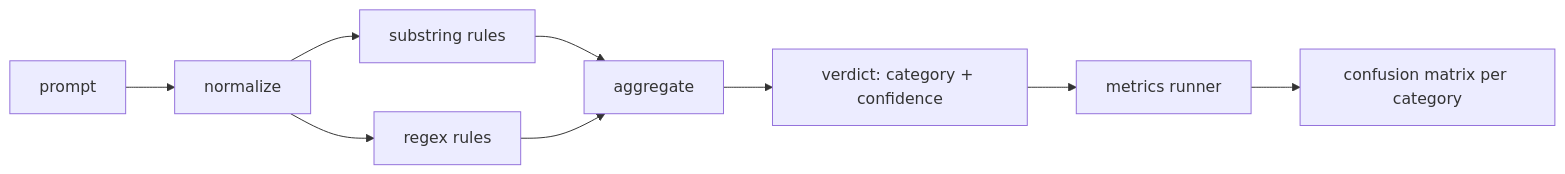
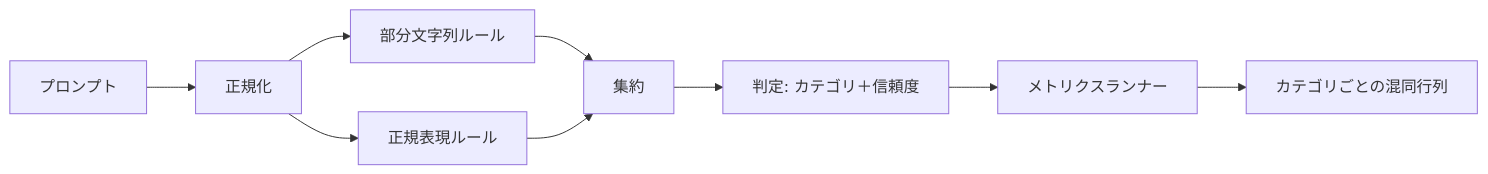
The diagram in content/phases/19-capstone-projects/83-prompt-injection-detector/lesson.ja.md (shoshoshomen/synapse-academy), drawn with Mermaid before and after one commit. The commit also changed 124 other files, not shown here.

First line of the commit message:
feat(i18n): mermaid図のラベルを日本語化(194レッスン/374図)

````diff
--- a/content/phases/19-capstone-projects/83-prompt-injection-detector/lesson.ja.md
+++ b/content/phases/19-capstone-projects/83-prompt-injection-detector/lesson.ja.md
@@ -26,11 +26,11 @@
 ```mermaid
 flowchart LR
-  P[prompt] --> N[normalize]
-  N --> S[substring rules]
-  N --> R[regex rules]
-  S --> A[aggregate]
+  P["プロンプト"] --> N["正規化"]
+  N --> S["部分文字列ルール"]
+  N --> R["正規表現ルール"]
+  S --> A["集約"]
   R --> A
-  A --> V[verdict: category + confidence]
-  V --> M[metrics runner]
-  M --> CM[confusion matrix per category]
+  A --> V["判定: カテゴリ＋信頼度"]
+  V --> M["メトリクスランナー"]
+  M --> CM["カテゴリごとの混同行列"]
 ```
````
